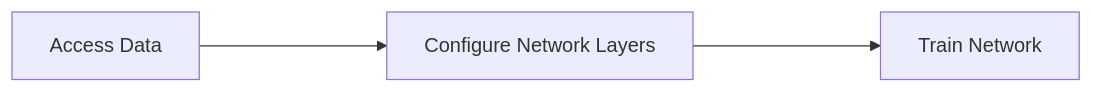
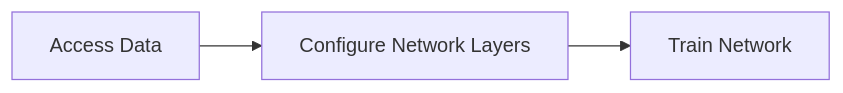
Before and after one commit to ParisaMousavi/AutomotiveFunctionalSafetyCompliance: the diagram in matlab.md, drawn with Mermaid. The commit also changed other lines of this file, not shown here.

Commit message:
Uploaded by https://stackedit.io/

````diff
--- a/matlab.md
+++ b/matlab.md
@@ -29,5 +29,5 @@
 ```mermaid
 graph LR
-A[Access Data] ----> B[Configure Network Layers]
-B----> C[Train Network]
+A[Access Data] --> B[Configure Network Layers]
+B--> C[Train Network]
 ```
````
